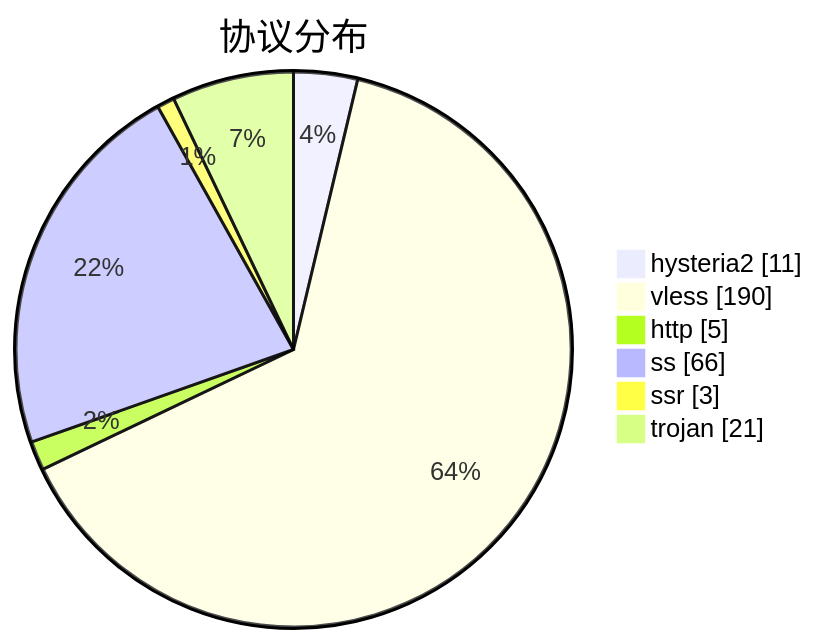
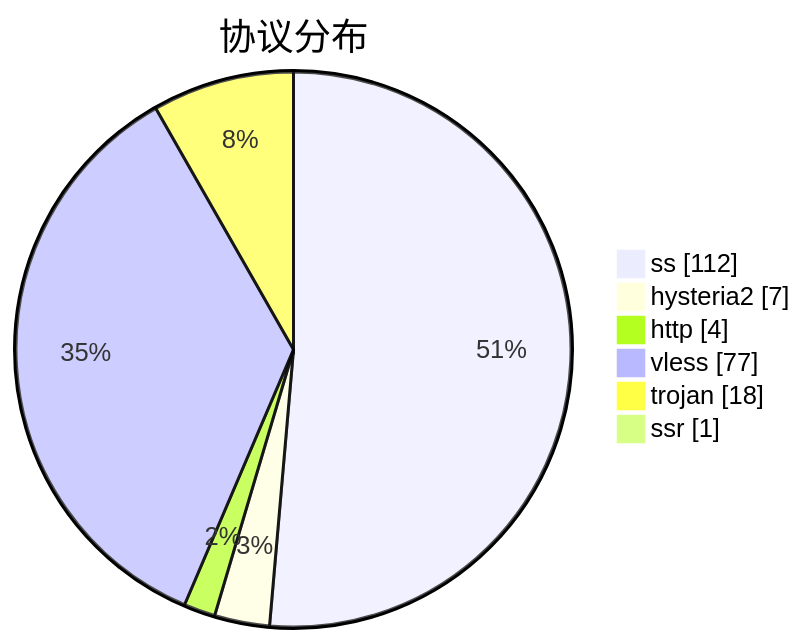
One commit to qjlxg/airport changed the third of 3 diagrams in subs/statistics/tested_within.md. Above: the diagram before and after it, drawn with Mermaid. The commit also changed other lines of this file and 2 other files, not shown here.

````diff
--- a/subs/statistics/tested_within.md
+++ b/subs/statistics/tested_within.md
@@ -19,10 +17,10 @@
 ```mermaid
 pie showData
 title 协议分布
-"hysteria2" : 11
-"vless" : 190
-"http" : 5
-"ss" : 66
-"ssr" : 3
-"trojan" : 21
+"ss" : 112
+"hysteria2" : 7
+"http" : 4
+"vless" : 77
+"trojan" : 18
+"ssr" : 1
 ```
````
